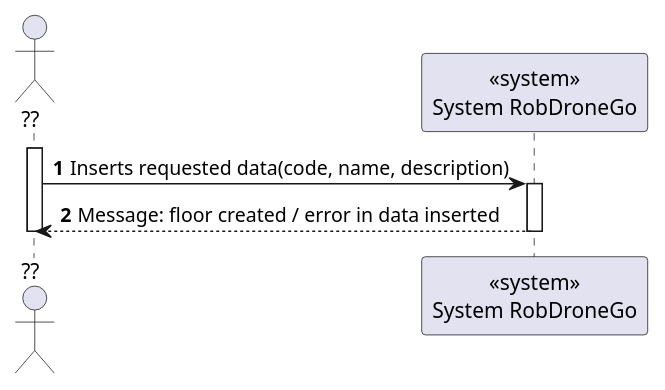
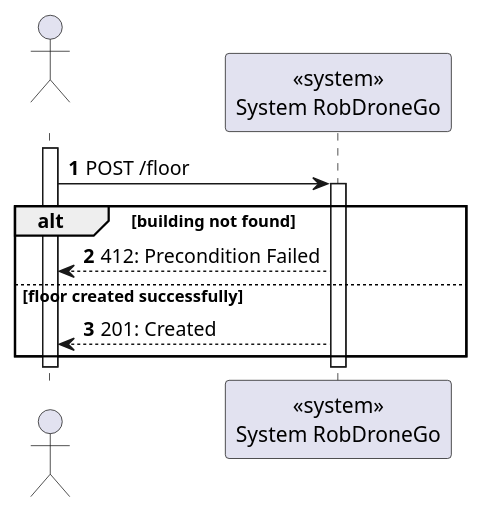
The diagram in docs/us190/level1/process-view.puml (Departamento-de-Engenharia-Informatica/lapr5-23-24-g19), drawn with PlantUML before and after one commit. The commit also changed 3 other files, not shown here.

```diff
--- a/docs/us190/level1/process-view.puml
+++ b/docs/us190/level1/process-view.puml
@@ -1,16 +1,20 @@
 @startuml
 autonumber
 
-actor "??" as actor
+actor " " as actor
 participant "<<system>>\nSystem RobDroneGo" as sys
 
 activate actor
-    actor -> sys: Inserts requested data(code, name, description)
+    actor -> sys: POST /floor
 
     activate sys
-    sys --> actor : Message: floor created / error in data inserted
+    alt building not found
+        sys --> actor : 412: Precondition Failed
+    else floor created successfully
+        sys --> actor : 201: Created
+    end
     deactivate sys
 deactivate actor
 
 
 @enduml
```
